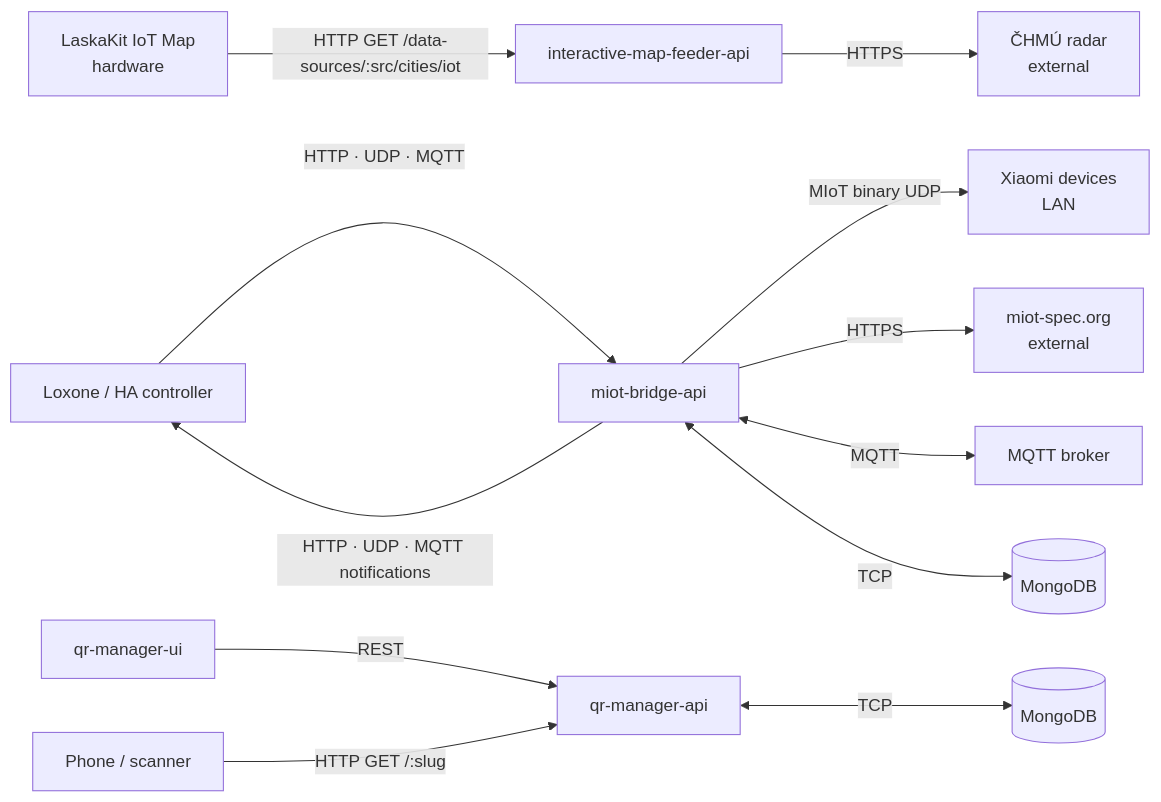
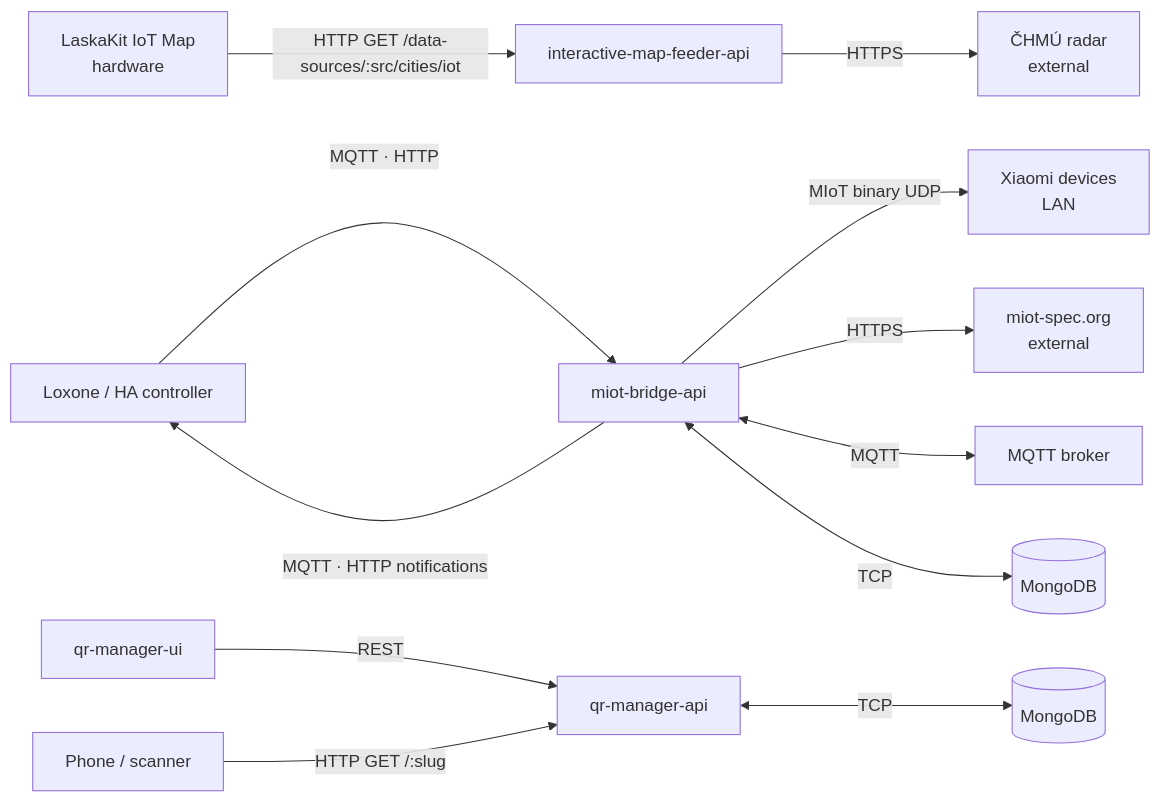
The diagram in docs/KNOWLEDGE.md (radoslavirha/iot-miniservers), drawn with Mermaid before and after one commit. The commit also changed other lines of this file and 16 other files, not shown here.

First line of the commit message:
refactor(miot-bridge-api)!: delete the UDP command listener and notifications

````diff
--- a/docs/KNOWLEDGE.md
+++ b/docs/KNOWLEDGE.md
@@ -158,16 +157,16 @@
 ```mermaid
 graph LR
     LaskaKit["LaskaKit IoT Map\nhardware"] -->|HTTP GET /data-sources/:src/cities/iot| IMA["interactive-map-feeder-api"]
     IMA -->|HTTPS| CHMI["ČHMÚ radar\nexternal"]
 
-    HA["Loxone / HA controller"] -->|HTTP · UDP · MQTT| MBA["miot-bridge-api"]
+    HA["Loxone / HA controller"] -->|MQTT · HTTP| MBA["miot-bridge-api"]
     MBA -->|MIoT binary UDP| Xiaomi["Xiaomi devices\nLAN"]
     MBA -->|HTTPS| MiotSpec["miot-spec.org\nexternal"]
     MBA <-->|MQTT| MQTTBroker["MQTT broker"]
     MBA <-->|TCP| MongoDB1[("MongoDB")]
-    MBA -->|HTTP · UDP · MQTT notifications| HA
+    MBA -->|MQTT · HTTP notifications| HA
 
     QRU["qr-manager-ui"] -->|REST| QRA["qr-manager-api"]
     Phone["Phone / scanner"] -->|HTTP GET /:slug| QRA
     QRA <-->|TCP| MongoDB2[("MongoDB")]
 ```
````
